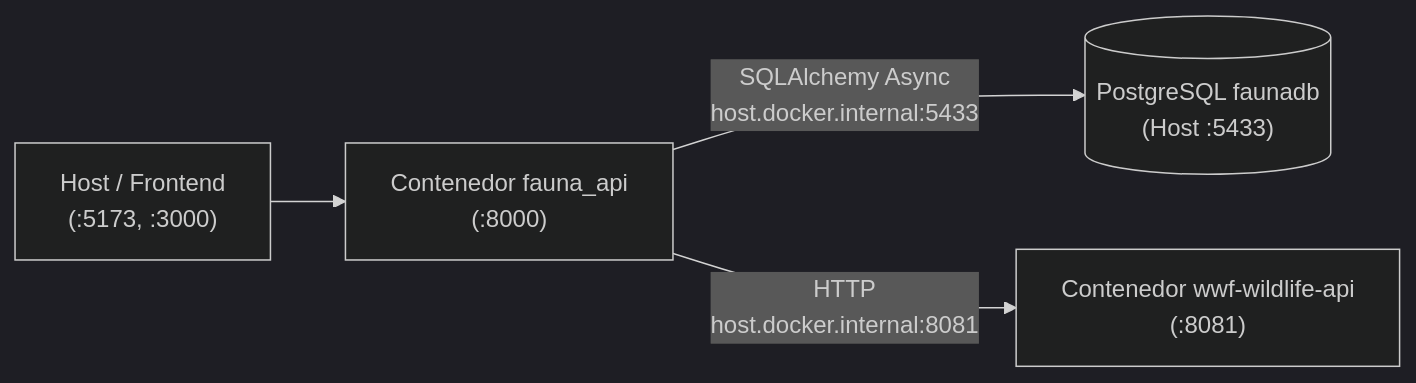
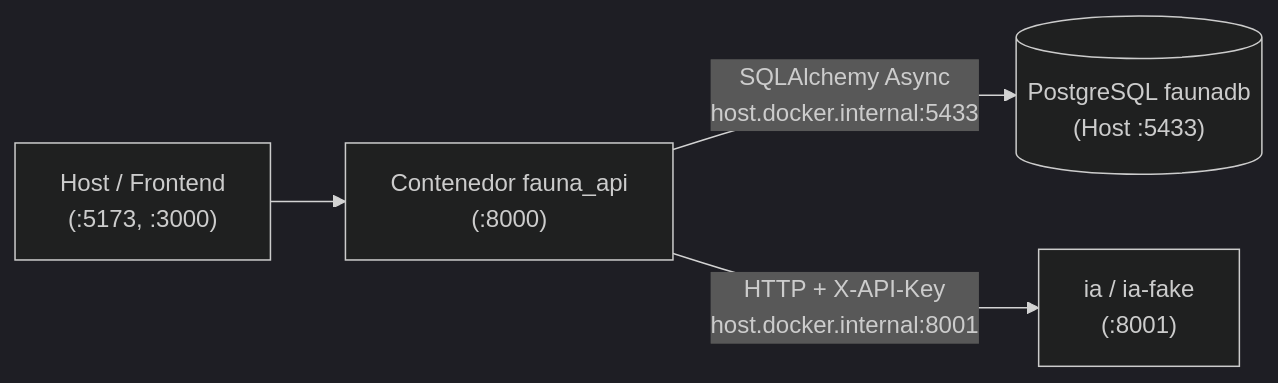
The diagram in docs/README.md (Job-Natanael-Contreras-Garzon/BACKWWF), drawn with Mermaid (dark theme) before and after one commit. The commit also changed other lines of this file and 31 other files, not shown here.

````diff
--- a/docs/README.md
+++ b/docs/README.md
@@ -28,6 +29,6 @@
 ```mermaid
 flowchart LR
     Host["Host / Frontend\n(:5173, :3000)"] --> API["Contenedor fauna_api\n(:8000)"]
     API -->|SQLAlchemy Async\nhost.docker.internal:5433| DB[("PostgreSQL faunadb\n(Host :5433)")]
-    API -->|HTTP\nhost.docker.internal:8081| IA["Contenedor wwf-wildlife-api\n(:8081)"]
+    API -->|HTTP + X-API-Key\nhost.docker.internal:8001| IA["ia / ia-fake\n(:8001)"]
 ```
````
